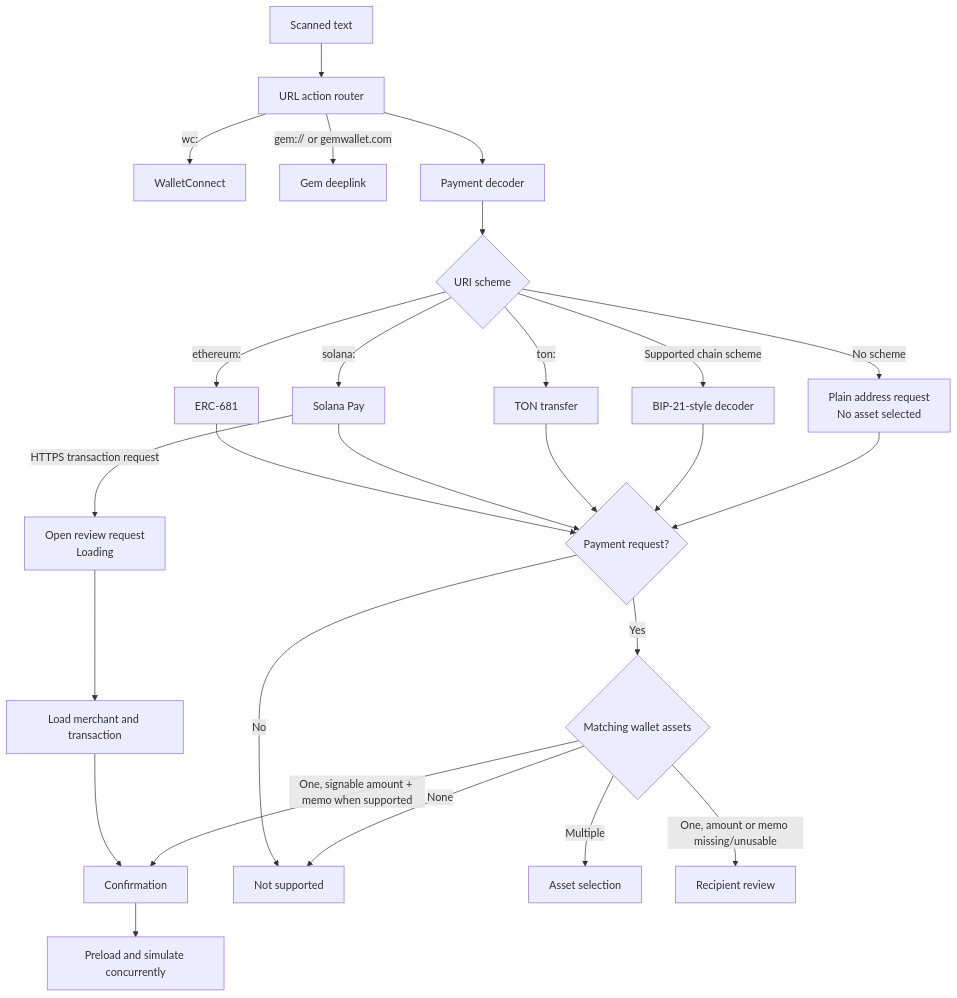
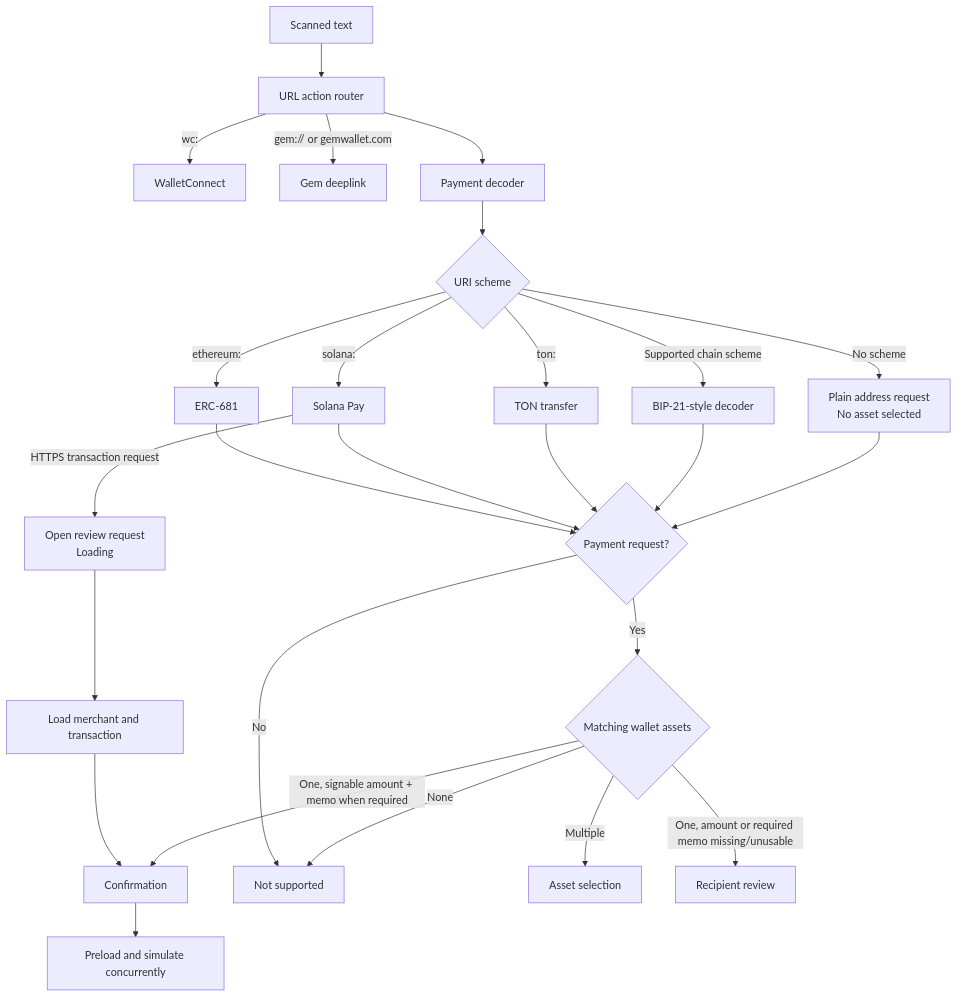
Before and after one commit to gemwalletcom/wallet: the diagram in docs/PAYMENTS.md, drawn with Mermaid. The commit also changed other lines of this file and 15 other files, not shown here.

````diff
--- a/docs/PAYMENTS.md
+++ b/docs/PAYMENTS.md
@@ -18,24 +18,24 @@
 ```mermaid
 flowchart TD
     Scan["Scanned text"] --> Action["URL action router"]
     Action -->|"wc:"| WalletConnect["WalletConnect"]
     Action -->|"gem:// or gemwallet.com"| Deeplink["Gem deeplink"]
     Action --> Decoder["Payment decoder"]
     Decoder --> Scheme{"URI scheme"}
     Scheme -->|"ethereum:"| ERC681["ERC-681"]
     Scheme -->|"solana:"| Solana["Solana Pay"]
     Scheme -->|"ton:"| TON["TON transfer"]
     Scheme -->|"Supported chain scheme"| BIP21["BIP-21-style decoder"]
     Scheme -->|"No scheme"| Address["Plain address request<br/>No asset selected"]
     Solana -->|"HTTPS transaction request"| PaymentReview["Open review request<br/>Loading"]
     PaymentReview --> Gateway["Load merchant and transaction"]
     Gateway --> Confirm["Open confirmation"]
     Confirm --> Simulation["Preload and simulate concurrently"]
     ERC681 & Solana & TON & BIP21 & Address --> Request{"Payment request?"}
     Request -->|"No"| Reject["Not supported"]
     Request -->|"Yes"| Assets{"Matching wallet assets"}
     Assets -->|"None"| Reject
     Assets -->|"Multiple"| Select["Asset selection"]
-    Assets -->|"One, signable amount + memo when supported"| Confirm["Confirmation"]
-    Assets -->|"One, amount or memo missing/unusable"| Recipient["Recipient review"]
+    Assets -->|"One, signable amount + memo when required"| Confirm["Confirmation"]
+    Assets -->|"One, amount or required memo missing/unusable"| Recipient["Recipient review"]
 ```
````
